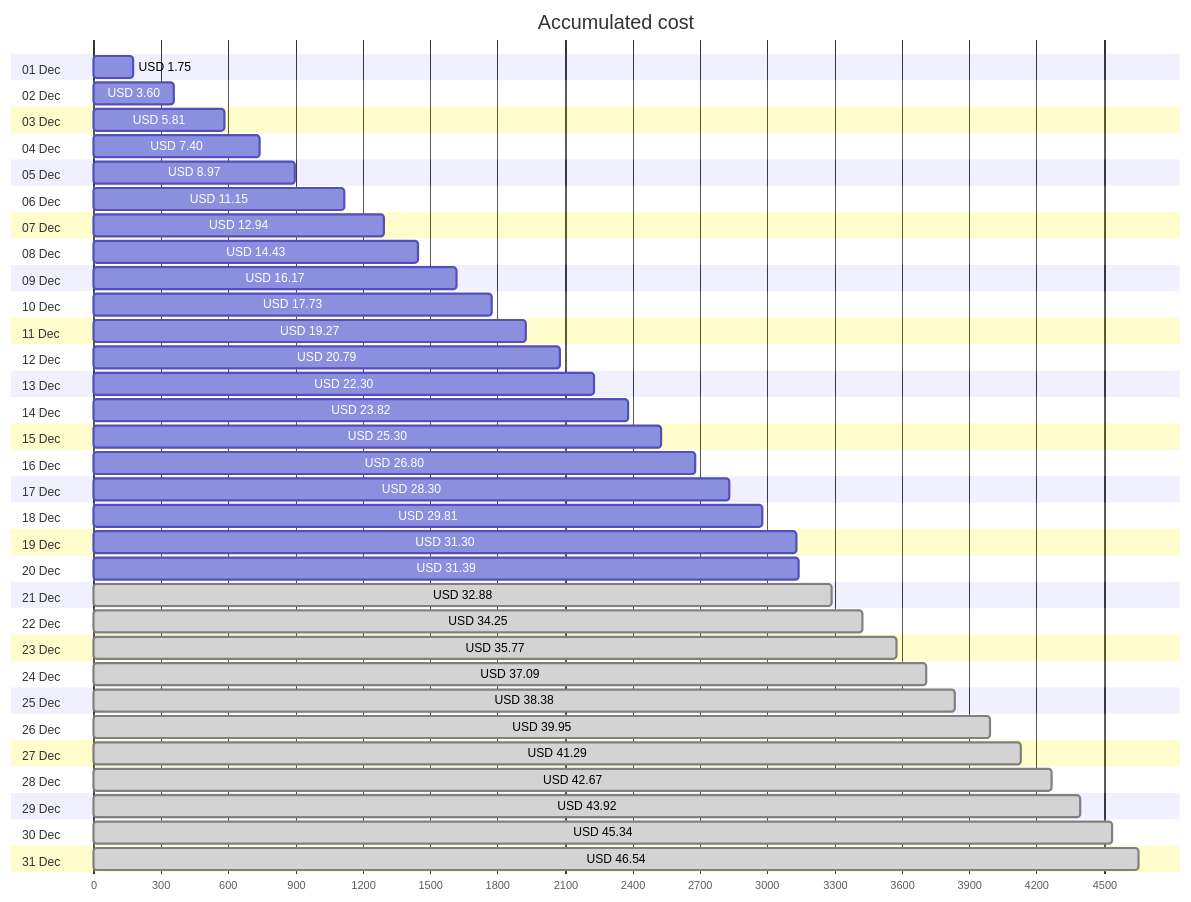
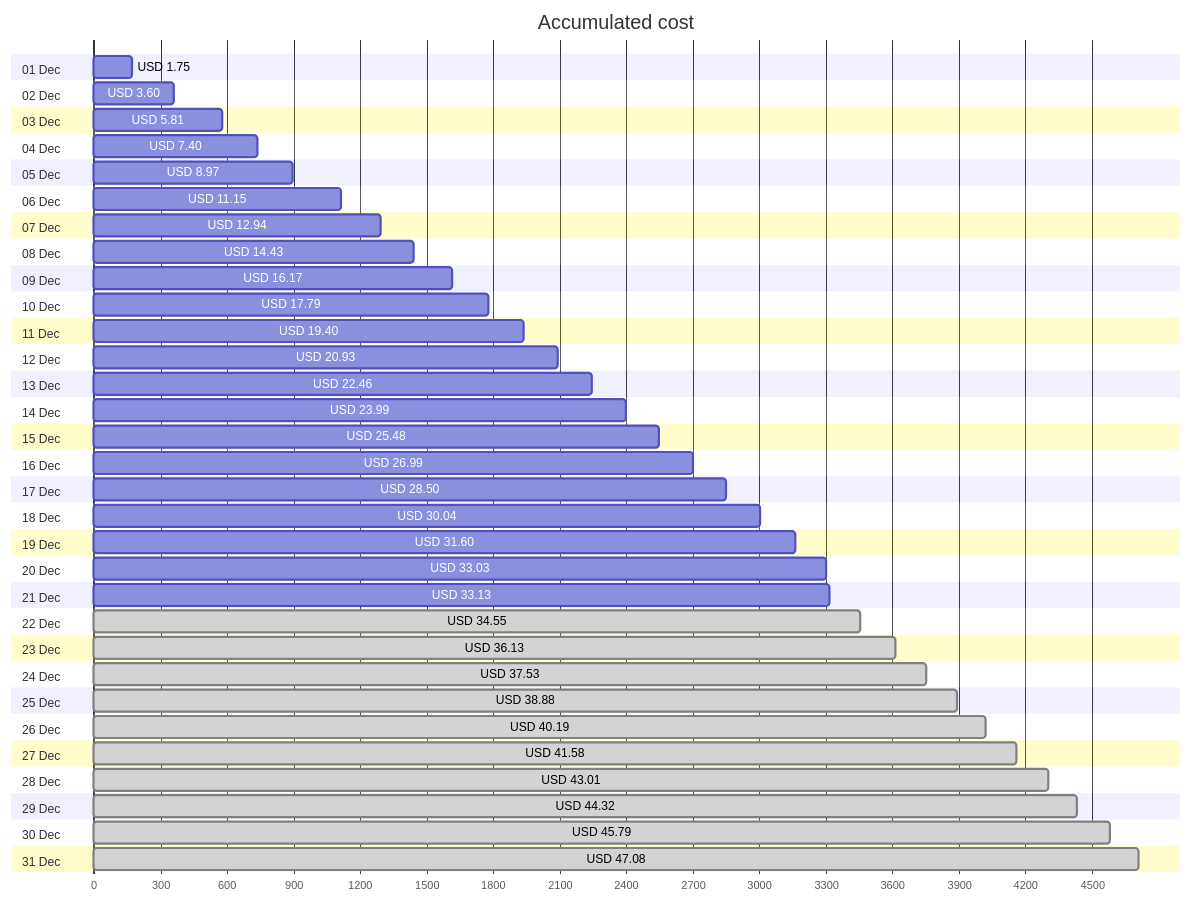
Before and after one commit to jpfulton/azure-personal-reports: the first of 4 diagrams in cost-reports/personal-network/README.md, drawn with Mermaid. The commit also changed other lines of this file and 8 other files, not shown here.

````diff
--- a/cost-reports/personal-network/README.md
+++ b/cost-reports/personal-network/README.md
@@ -20,68 +20,68 @@
 ```mermaid
 gantt
    title Accumulated cost
    dateFormat  X
    axisFormat %s
    section 01 Dec
    USD 1.75 :0, 175
    section 02 Dec
    USD 3.60 :0, 360
    section 03 Dec
    USD 5.81 :0, 581
    section 04 Dec
    USD 7.40 :0, 740
    section 05 Dec
    USD 8.97 :0, 897
    section 06 Dec
    USD 11.15 :0, 1115
    section 07 Dec
    USD 12.94 :0, 1294
    section 08 Dec
    USD 14.43 :0, 1443
    section 09 Dec
    USD 16.17 :0, 1617
    section 10 Dec
-   USD 17.73 :0, 1773
+   USD 17.79 :0, 1779
    section 11 Dec
-   USD 19.27 :0, 1927
+   USD 19.40 :0, 1940
    section 12 Dec
-   USD 20.79 :0, 2079
+   USD 20.93 :0, 2093
    section 13 Dec
-   USD 22.30 :0, 2230
+   USD 22.46 :0, 2246
    section 14 Dec
-   USD 23.82 :0, 2382
+   USD 23.99 :0, 2399
    section 15 Dec
-   USD 25.30 :0, 2530
+   USD 25.48 :0, 2548
    section 16 Dec
-   USD 26.80 :0, 2680
+   USD 26.99 :0, 2699
    section 17 Dec
-   USD 28.30 :0, 2830
+   USD 28.50 :0, 2850
    section 18 Dec
-   USD 29.81 :0, 2981
+   USD 30.04 :0, 3004
    section 19 Dec
-   USD 31.30 :0, 3130
+   USD 31.60 :0, 3160
    section 20 Dec
-   USD 31.39 :0, 3139
+   USD 33.03 :0, 3303
    section 21 Dec
-   USD 32.88 : done, 0, 3288
+   USD 33.13 :0, 3313
    section 22 Dec
-   USD 34.25 : done, 0, 3425
+   USD 34.55 : done, 0, 3455
    section 23 Dec
-   USD 35.77 : done, 0, 3577
+   USD 36.13 : done, 0, 3613
    section 24 Dec
-   USD 37.09 : done, 0, 3709
+   USD 37.53 : done, 0, 3753
    section 25 Dec
-   USD 38.38 : done, 0, 3838
+   USD 38.88 : done, 0, 3888
    section 26 Dec
-   USD 39.95 : done, 0, 3995
+   USD 40.19 : done, 0, 4019
    section 27 Dec
-   USD 41.29 : done, 0, 4129
+   USD 41.58 : done, 0, 4158
    section 28 Dec
-   USD 42.67 : done, 0, 4267
+   USD 43.01 : done, 0, 4301
    section 29 Dec
-   USD 43.92 : done, 0, 4392
+   USD 44.32 : done, 0, 4432
    section 30 Dec
-   USD 45.34 : done, 0, 4534
+   USD 45.79 : done, 0, 4579
    section 31 Dec
-   USD 46.54 : done, 0, 4654
+   USD 47.08 : done, 0, 4708
 ```
````
